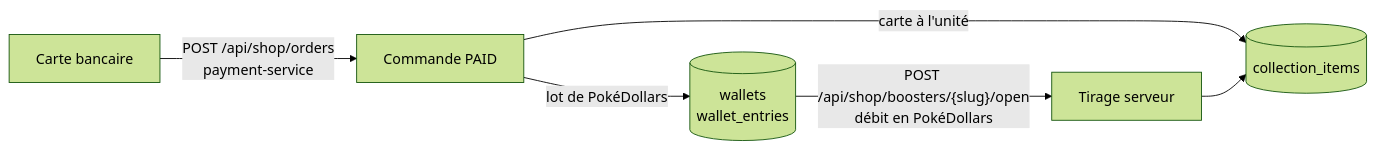
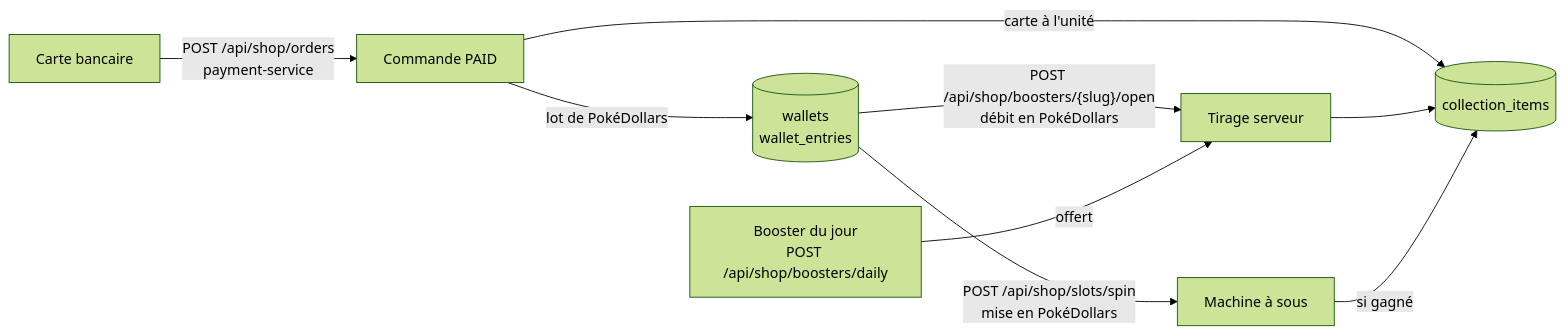
Before and after one commit to redarcepsi/workshop-novashop: the diagram in documents/processus-boosters-et-pokedollars.md, drawn with Mermaid (forest theme). The commit also changed other lines of this file and 26 other files, not shown here.

Commit message:
ajout d'une machine a sous et d'un pack gratuit tous les jours

````diff
--- a/documents/processus-boosters-et-pokedollars.md
+++ b/documents/processus-boosters-et-pokedollars.md
@@ -10,8 +11,11 @@
 ```mermaid
 flowchart LR
     C["Carte bancaire"] -->|"POST /api/shop/orders<br/>payment-service"| O[Commande PAID]
     O -->|"lot de PokéDollars"| W[("wallets<br/>wallet_entries")]
     O -->|"carte à l'unité"| K[("collection_items")]
     W -->|"POST /api/shop/boosters/{slug}/open<br/>débit en PokéDollars"| B[Tirage serveur]
+    D["Booster du jour<br/>POST /api/shop/boosters/daily"] -->|"offert"| B
     B --> K
+    W -->|"POST /api/shop/slots/spin<br/>mise en PokéDollars"| S[Machine à sous]
+    S -->|"si gagné"| K
 ```
````
